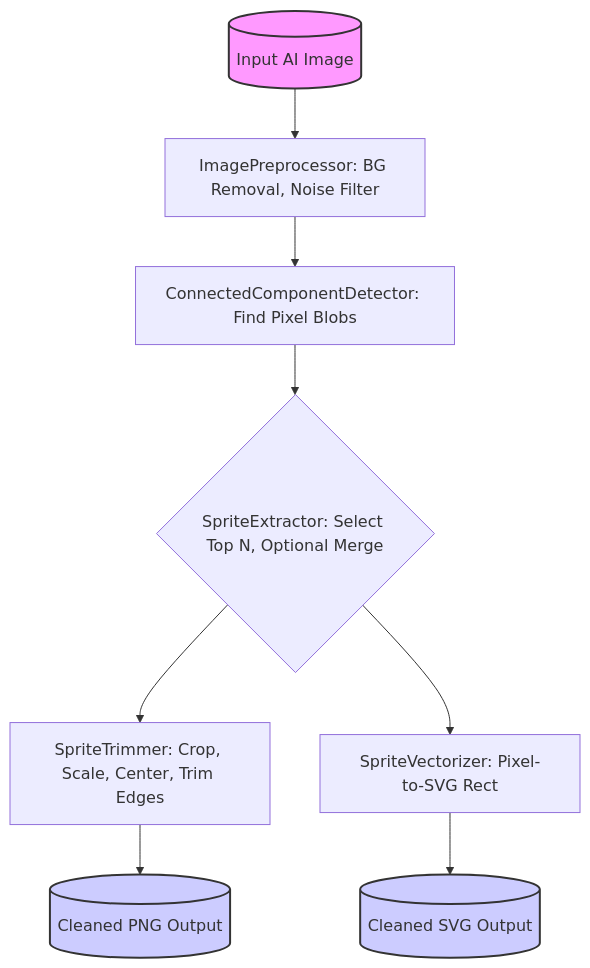
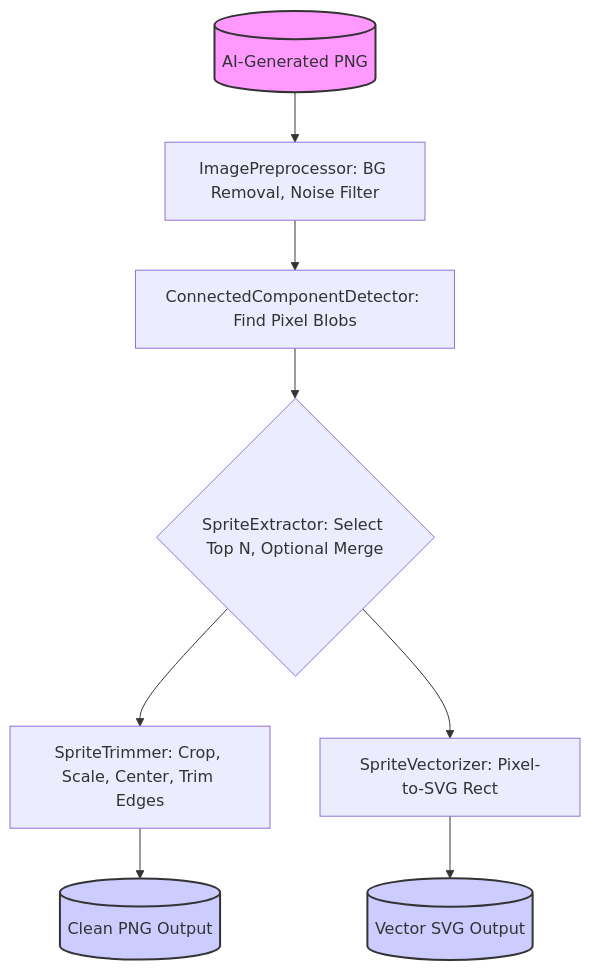
The diagram in README.md (jakepalanca/PngToVectConverter), drawn with Mermaid before and after one commit. The commit also changed other lines of this file and 20 other files, not shown here.

````diff
--- a/README.md
+++ b/README.md
@@ -127,14 +107,14 @@
 ```mermaid
 graph TD
-    A[(Input AI Image)] --> B[ImagePreprocessor: BG Removal, Noise Filter]
+    A[(AI-Generated PNG)] --> B[ImagePreprocessor: BG Removal, Noise Filter]
     B --> C[ConnectedComponentDetector: Find Pixel Blobs]
     C --> D{SpriteExtractor: Select Top N, Optional Merge}
     D --> E[SpriteTrimmer: Crop, Scale, Center, Trim Edges]
     D --> F[SpriteVectorizer: Pixel-to-SVG Rect]
-    E --> G[(Cleaned PNG Output)]
-    F --> H[(Cleaned SVG Output)]
+    E --> G[(Clean PNG Output)]
+    F --> H[(Vector SVG Output)]
 
     style A fill:#f9f,stroke:#333,stroke-width:2px
     style G fill:#ccf,stroke:#333,stroke-width:2px
     style H fill:#ccf,stroke:#333,stroke-width:2px
 ```
````
